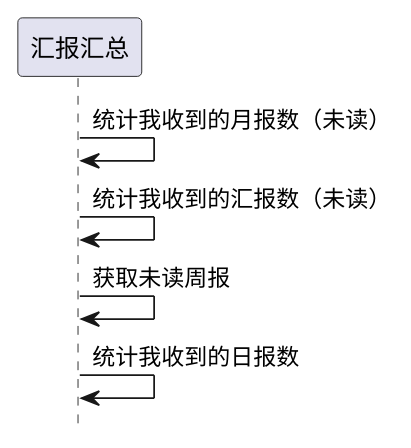
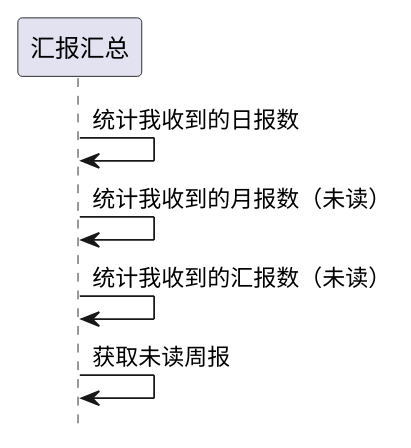
Before and after one commit to goblinln/iBizPMS: the second of 2 diagrams in ibizpms-docs/src/main/doc/v1/module/report/IbzReport_old.md, drawn with PlantUML. The commit also changed other lines of this file and 230 other files, not shown here.

```diff
--- a/ibizpms-docs/src/main/doc/v1/module/report/IbzReport_old.md
+++ b/ibizpms-docs/src/main/doc/v1/module/report/IbzReport_old.md
@@ -126,8 +126,8 @@
 {% plantuml %}
 hide footbox
 
+汇报汇总 -> 汇报汇总: 统计我收到的日报数
 汇报汇总 -> 汇报汇总: 统计我收到的月报数（未读）
 汇报汇总 -> 汇报汇总: 统计我收到的汇报数（未读）
 汇报汇总 -> 汇报汇总: 获取未读周报
-汇报汇总 -> 汇报汇总: 统计我收到的日报数
 {% endplantuml %}
```
